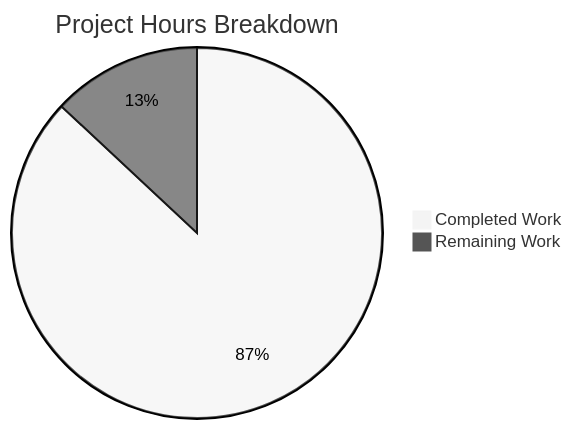
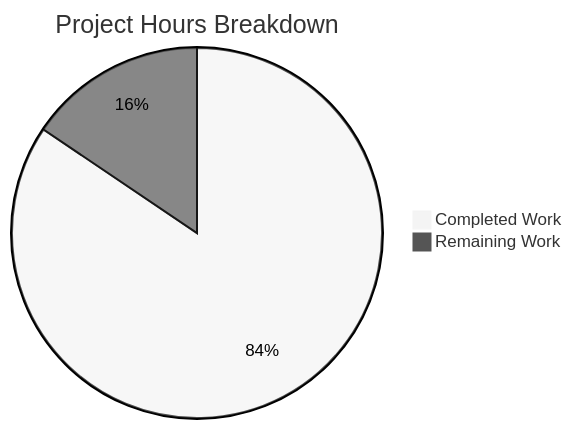
The diagram in blitzy/documentation/Project Guide.md (lakshya-blitzy/Dec_repo_with_valid_mul_files), drawn with Mermaid (neutral theme) before and after one commit. The commit also changed other lines of this file, not shown here.

Commit message:
Adding Blitzy Project Guide: Project Status and Human Tasks Remaining

````diff
--- a/blitzy/documentation/Project Guide.md
+++ b/blitzy/documentation/Project Guide.md
@@ -28,5 +87,5 @@
 ```mermaid
 pie title Project Hours Breakdown
-    "Completed Work" : 20
-    "Remaining Work" : 3
+    "Completed Work" : 38
+    "Remaining Work" : 7
 ```
````
